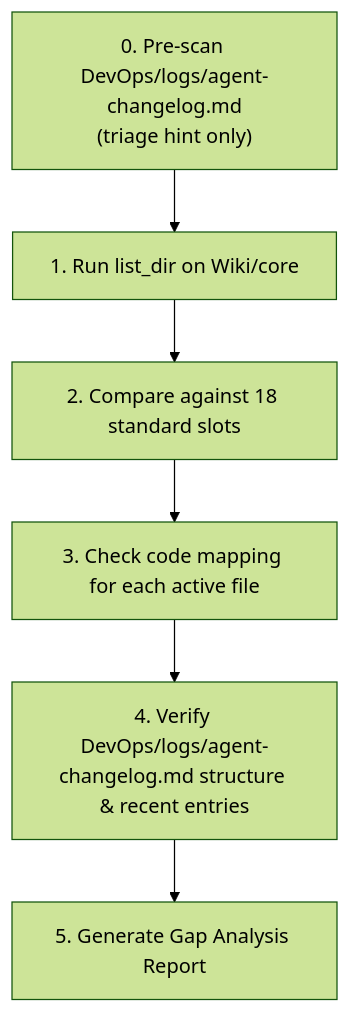
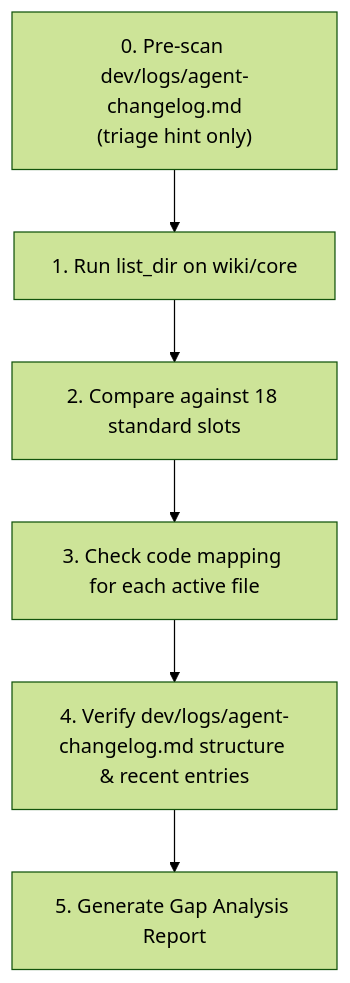
The diagram in Skills/documentation-architecture-assessment/SKILL.md (CMC-27/Vibe-App-Wiki), drawn with Mermaid (forest theme) before and after one commit. The commit also changed other lines of this file and 15 other files, not shown here.

Commit message:
refactor: standardize documentation directory names to lowercase and initialize core wiki, skill, and dev logs structures

````diff
--- a/Skills/documentation-architecture-assessment/SKILL.md
+++ b/Skills/documentation-architecture-assessment/SKILL.md
@@ -89,8 +89,8 @@
 ```mermaid
 flowchart TD
-    Changelog["0. Pre-scan DevOps/logs/agent-changelog.md\n(triage hint only)"] --> Start
-    Start["1. Run list_dir on Wiki/core"] --> Gap["2. Compare against 18 standard slots"]
+    Changelog["0. Pre-scan dev/logs/agent-changelog.md\n(triage hint only)"] --> Start
+    Start["1. Run list_dir on wiki/core"] --> Gap["2. Compare against 18 standard slots"]
     Gap --> Match["3. Check code mapping for each active file"]
-    Match --> AuditLog["4. Verify DevOps/logs/agent-changelog.md structure & recent entries"]
+    Match --> AuditLog["4. Verify dev/logs/agent-changelog.md structure & recent entries"]
     AuditLog --> Report["5. Generate Gap Analysis Report"]
 ```
````
